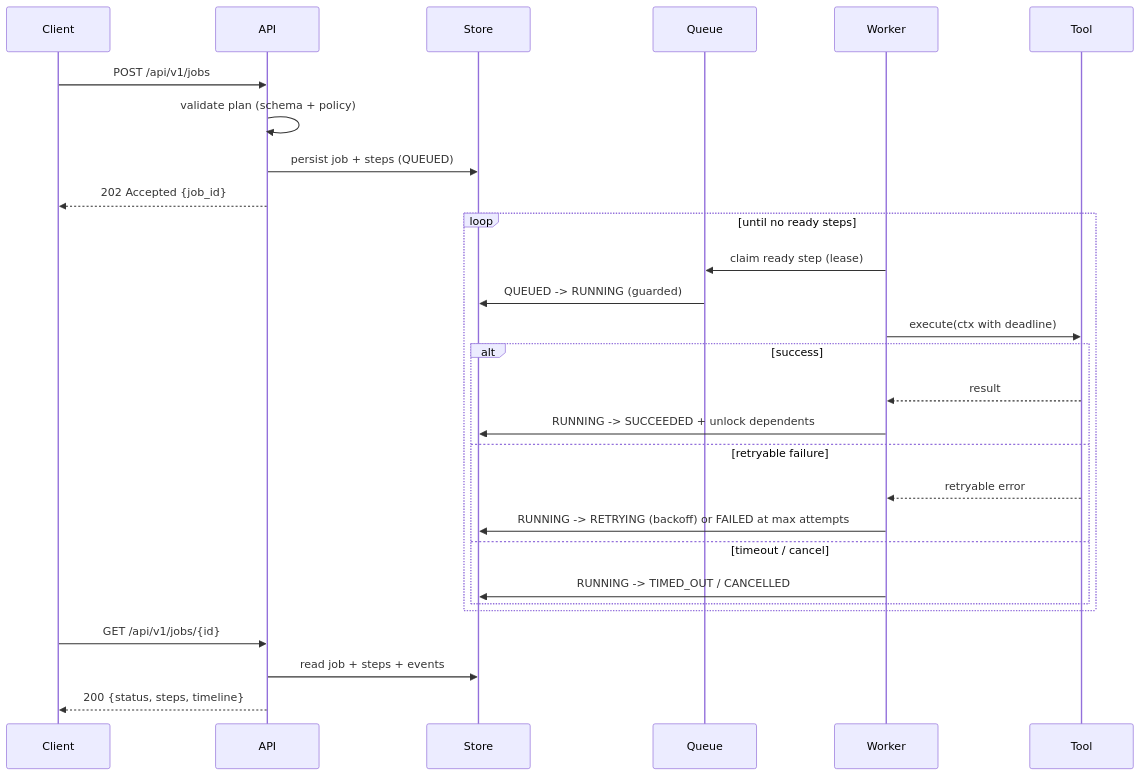
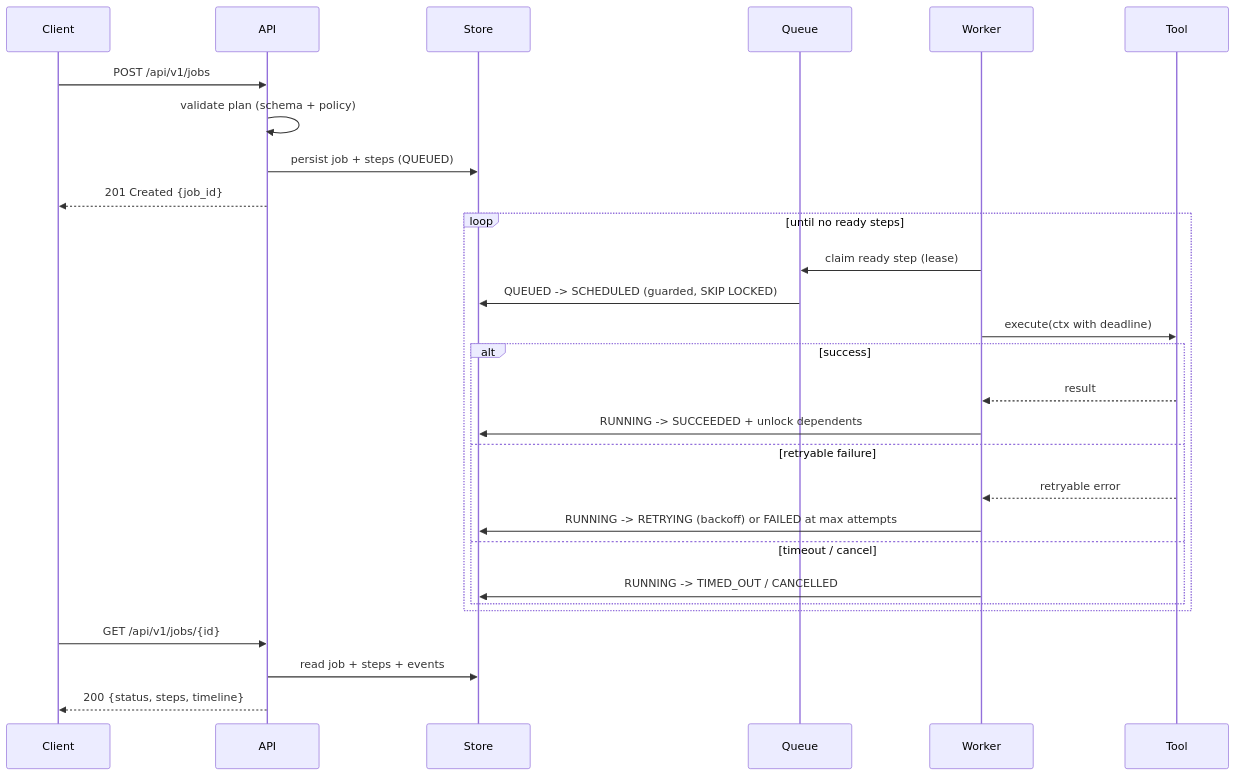
One commit to kalanas210/runmesh changed the second of 4 diagrams in docs/architecture/README.md. Above: the diagram before and after it, drawn with Mermaid. The commit also changed other lines of this file and 5 other files, not shown here.

````diff
--- a/docs/architecture/README.md
+++ b/docs/architecture/README.md
@@ -34,33 +34,33 @@
 ```mermaid
 sequenceDiagram
     participant C as Client
     participant A as API
     participant S as Store
     participant Q as Queue
     participant W as Worker
     participant T as Tool
 
     C->>A: POST /api/v1/jobs
     A->>A: validate plan (schema + policy)
     A->>S: persist job + steps (QUEUED)
-    A-->>C: 202 Accepted {job_id}
+    A-->>C: 201 Created {job_id}
 
     loop until no ready steps
         W->>Q: claim ready step (lease)
-        Q->>S: QUEUED -> RUNNING (guarded)
+        Q->>S: QUEUED -> SCHEDULED (guarded, SKIP LOCKED)
         W->>T: execute(ctx with deadline)
         alt success
             T-->>W: result
             W->>S: RUNNING -> SUCCEEDED + unlock dependents
         else retryable failure
             T-->>W: retryable error
             W->>S: RUNNING -> RETRYING (backoff) or FAILED at max attempts
         else timeout / cancel
             W->>S: RUNNING -> TIMED_OUT / CANCELLED
         end
     end
 
     C->>A: GET /api/v1/jobs/{id}
     A->>S: read job + steps + events
     A-->>C: 200 {status, steps, timeline}
 ```
````
